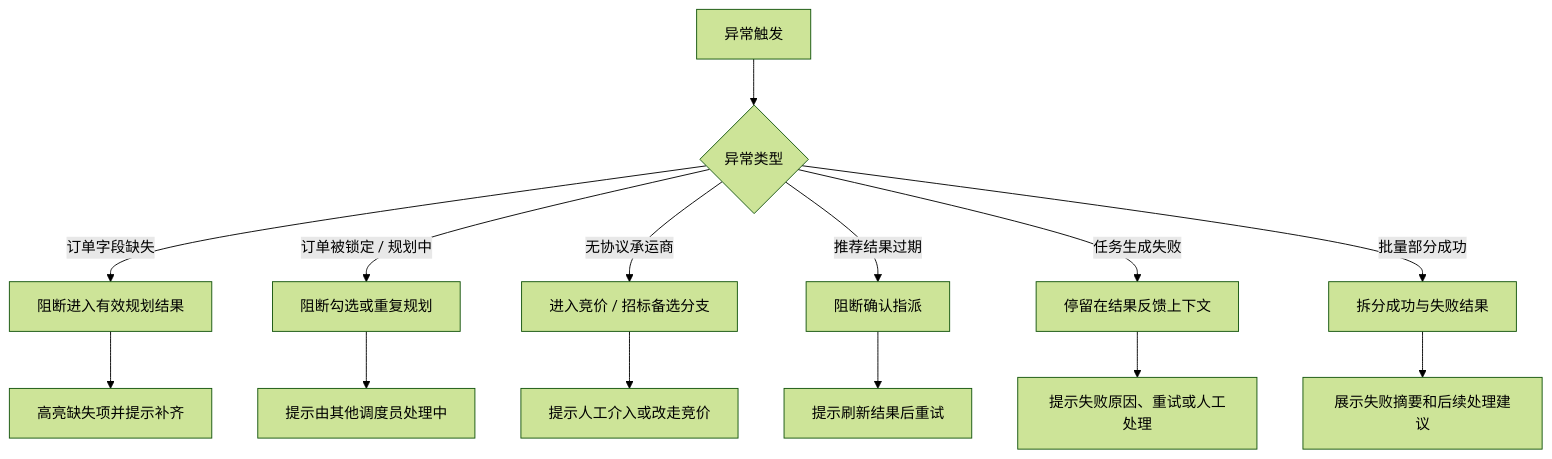
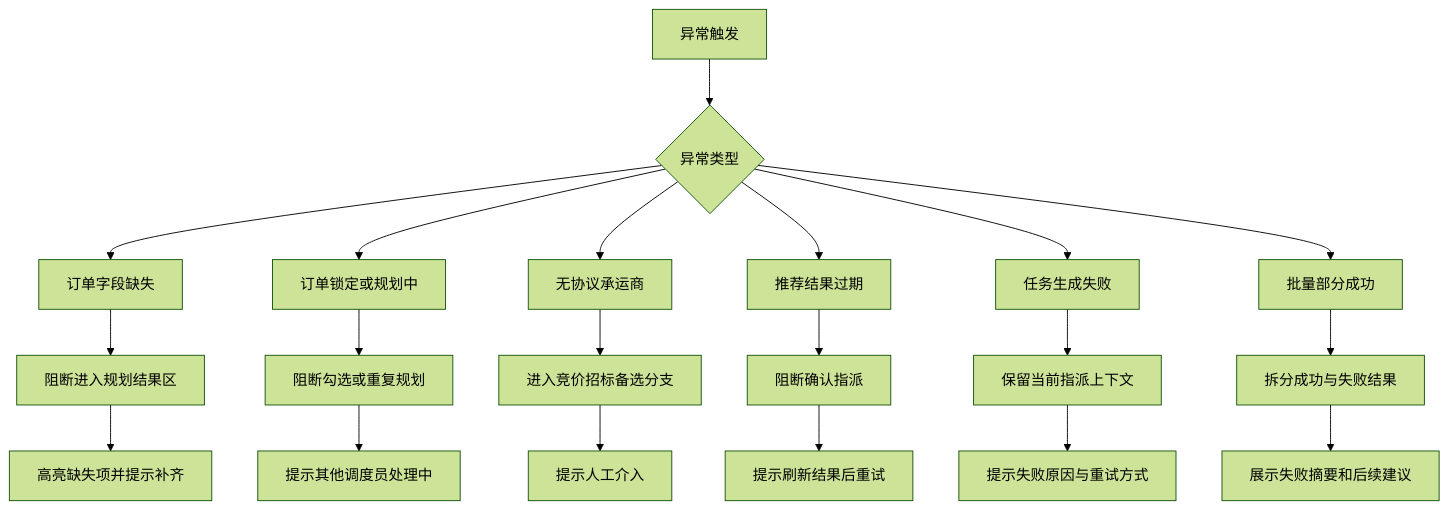
One commit to husinglemon-art/TMS_Shipper changed the third of 4 diagrams in 01_Master_Documents/Product_Architecture.md. Above: the diagram before and after it, drawn with Mermaid (forest theme). The commit also changed other lines of this file, not shown here.

Commit message:
fix: simplify exception flow Mermaid syntax

````diff
--- a/01_Master_Documents/Product_Architecture.md
+++ b/01_Master_Documents/Product_Architecture.md
@@ -97,22 +97,28 @@
 ```mermaid
 flowchart TD
     A[异常触发] --> B{异常类型}
+    B --> C[订单字段缺失]
+    B --> D[订单锁定或规划中]
+    B --> E[无协议承运商]
+    B --> F[推荐结果过期]
+    B --> G[任务生成失败]
+    B --> H[批量部分成功]
 
-    B -->|订单字段缺失| C[阻断进入有效规划结果]
-    C --> C1[高亮缺失项并提示补齐]
+    C --> C1[阻断进入规划结果区]
+    C1 --> C2[高亮缺失项并提示补齐]
 
-    B -->|订单被锁定 / 规划中| D[阻断勾选或重复规划]
-    D --> D1[提示由其他调度员处理中]
+    D --> D1[阻断勾选或重复规划]
+    D1 --> D2[提示其他调度员处理中]
 
-    B -->|无协议承运商| E[进入竞价 / 招标备选分支]
-    E --> E1[提示人工介入或改走竞价]
+    E --> E1[进入竞价招标备选分支]
+    E1 --> E2[提示人工介入]
 
-    B -->|推荐结果过期| F[阻断确认指派]
-    F --> F1[提示刷新结果后重试]
+    F --> F1[阻断确认指派]
+    F1 --> F2[提示刷新结果后重试]
 
-    B -->|任务生成失败| G[停留在结果反馈上下文]
-    G --> G1[提示失败原因、重试或人工处理]
+    G --> G1[保留当前指派上下文]
+    G1 --> G2[提示失败原因与重试方式]
 
-    B -->|批量部分成功| H[拆分成功与失败结果]
-    H --> H1[展示失败摘要和后续处理建议]
+    H --> H1[拆分成功与失败结果]
+    H1 --> H2[展示失败摘要和后续建议]
 ```
````
